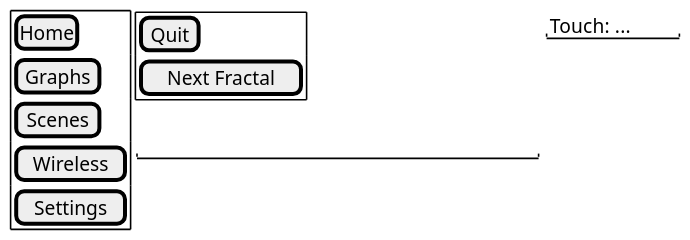
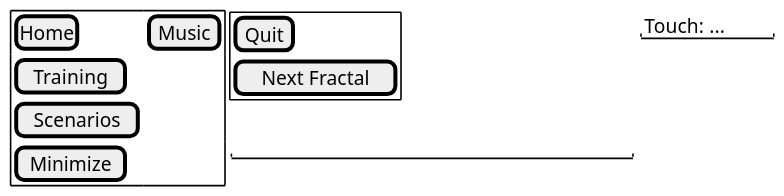
One commit to aortez/dirtsim changed the first of 2 diagrams in apps/src/ui/docs/src/screens/start-menu-home.md. Above: the diagram before and after it, drawn with PlantUML. The commit also changed other lines of this file and 5 other files, not shown here.

````diff
--- a/apps/src/ui/docs/src/screens/start-menu-home.md
+++ b/apps/src/ui/docs/src/screens/start-menu-home.md
@@ -3,21 +3,20 @@
 ```plantuml
 @startsalt
 scale 1.6
 {
   {+
-    [Home]
-    [Graphs]
-    [Scenes]
-    [Wireless]
-    [Settings]
+    [Home] | [Music]
+    [Training] | .
+    [Scenarios] | .
+    [Minimize] | .
   } | {
     {+
       [Quit]
       [Next Fractal]
     } | "Touch: ..."
     .
     "                               "
   }
 }
 @endsalt
 ```
````
